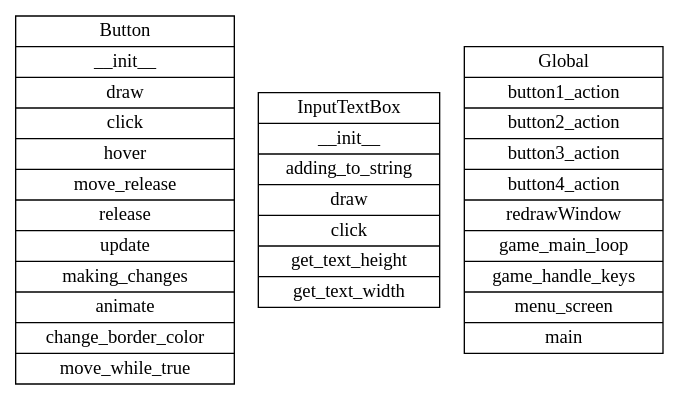
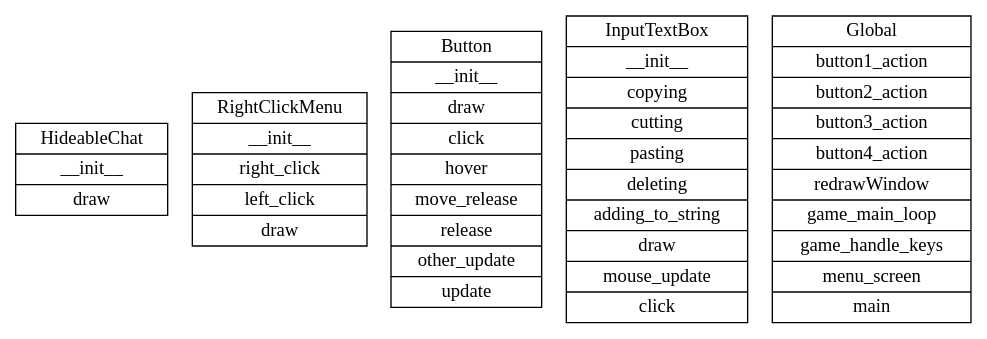
Before and after one commit to MrAtaraxia/LoveLetter: the diagram in basic-docs/clientP9.py.gv, drawn with Graphviz. The commit also changed 2 other files, not shown here.

```diff
--- a/basic-docs/clientP9.py.gv
+++ b/basic-docs/clientP9.py.gv
@@ -1,9 +1,11 @@
 digraph structs {
 	node [shape=record]
 	node [shape=record]
 	subgraph sub1 {
-		struct0 [label="{Button|__init__|draw|click|hover|move_release|release|update|making_changes|animate|change_border_color|move_while_true}"]
-		struct1 [label="{InputTextBox|__init__|adding_to_string|draw|click|get_text_height|get_text_width}"]
-		struct2 [label="{Global|button1_action|button2_action|button3_action|button4_action|redrawWindow|game_main_loop|game_handle_keys|menu_screen|main}"]
+		struct0 [label="{HideableChat|__init__|draw}"]
+		struct1 [label="{RightClickMenu|__init__|right_click|left_click|draw}"]
+		struct2 [label="{Button|__init__|draw|click|hover|move_release|release|other_update|update}"]
+		struct3 [label="{InputTextBox|__init__|copying|cutting|pasting|deleting|adding_to_string|draw|mouse_update|click}"]
+		struct4 [label="{Global|button1_action|button2_action|button3_action|button4_action|redrawWindow|game_main_loop|game_handle_keys|menu_screen|main}"]
 	}
 }
```
